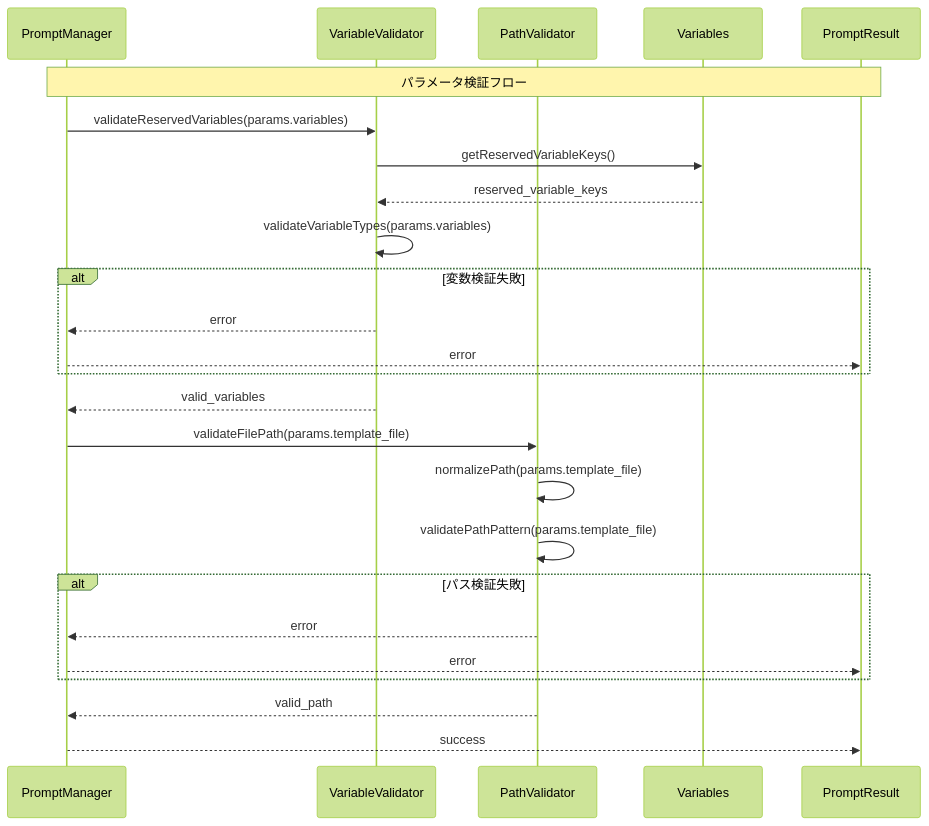
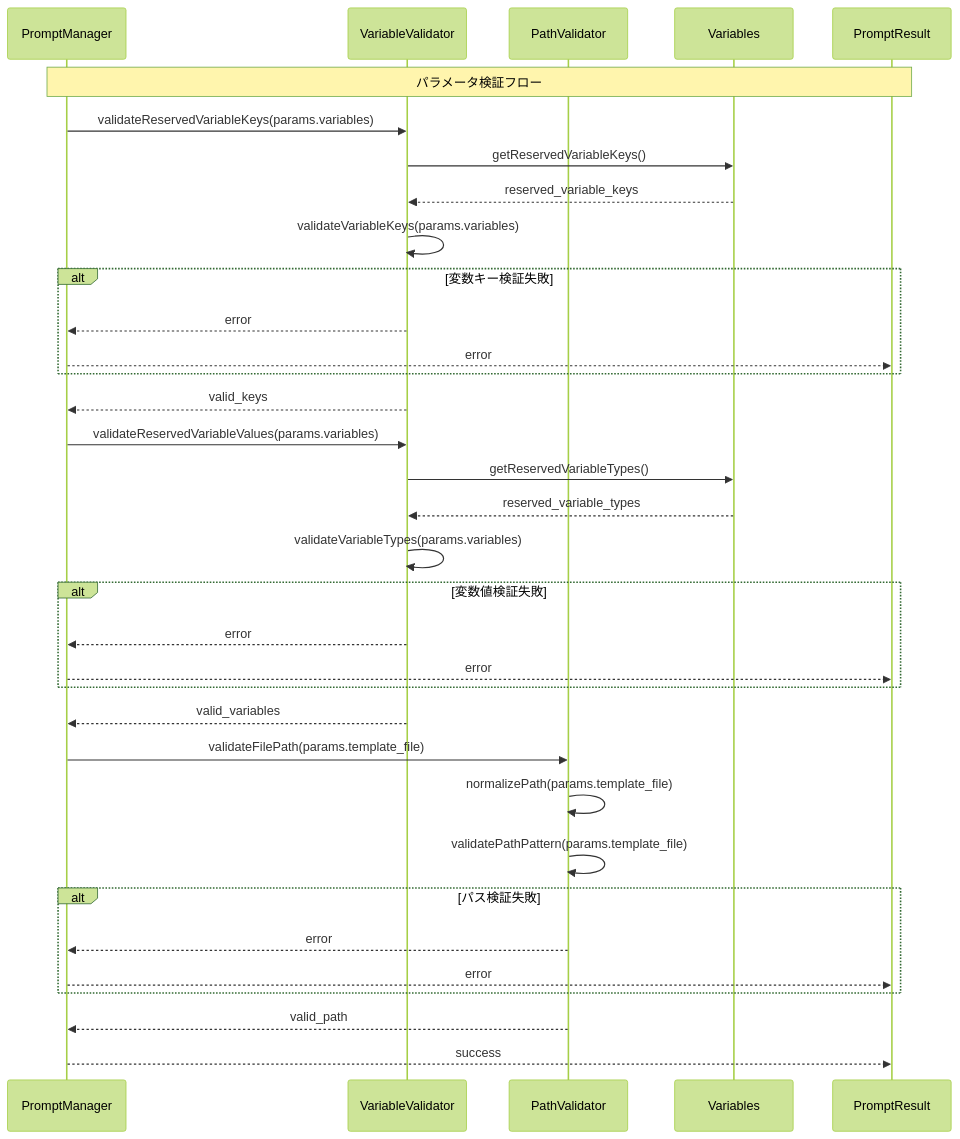
The diagram in docs/uml/sequence_parameter_validation.md (tettuan/breakdownprompt), drawn with Mermaid (forest theme) before and after one commit. The commit also changed 9 other files, not shown here.

Commit message:
docs: update UML diagrams to show reserved variable class hierarchy and common processing flow

````diff
--- a/docs/uml/sequence_parameter_validation.md
+++ b/docs/uml/sequence_parameter_validation.md
@@ -5,30 +5,40 @@
 ```mermaid
 sequenceDiagram
     participant PromptManager
     participant VariableValidator
     participant PathValidator
     participant Variables
     participant PromptResult
 
     Note over PromptManager,PromptResult: パラメータ検証フロー
-    PromptManager->>VariableValidator: validateReservedVariables(params.variables)
+    PromptManager->>VariableValidator: validateReservedVariableKeys(params.variables)
     VariableValidator->>Variables: getReservedVariableKeys()
     Variables-->>VariableValidator: reserved_variable_keys
+    VariableValidator->>VariableValidator: validateVariableKeys(params.variables)
+    alt 変数キー検証失敗
+        VariableValidator-->>PromptManager: error
+        PromptManager-->>PromptResult: error
+    end
+    VariableValidator-->>PromptManager: valid_keys
+
+    PromptManager->>VariableValidator: validateReservedVariableValues(params.variables)
+    VariableValidator->>Variables: getReservedVariableTypes()
+    Variables-->>VariableValidator: reserved_variable_types
     VariableValidator->>VariableValidator: validateVariableTypes(params.variables)
-    alt 変数検証失敗
+    alt 変数値検証失敗
         VariableValidator-->>PromptManager: error
         PromptManager-->>PromptResult: error
     end
     VariableValidator-->>PromptManager: valid_variables
 
     PromptManager->>PathValidator: validateFilePath(params.template_file)
     PathValidator->>PathValidator: normalizePath(params.template_file)
     PathValidator->>PathValidator: validatePathPattern(params.template_file)
     alt パス検証失敗
         PathValidator-->>PromptManager: error
         PromptManager-->>PromptResult: error
     end
     PathValidator-->>PromptManager: valid_path
 
     PromptManager-->>PromptResult: success
 ```
````
